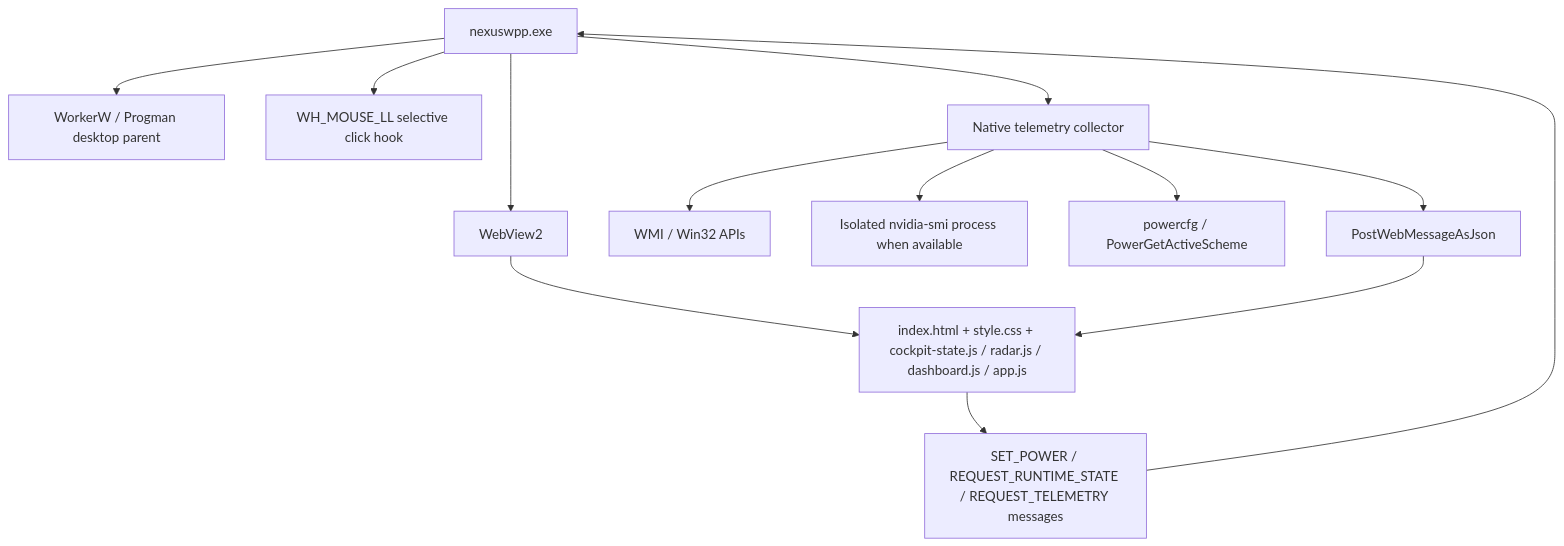
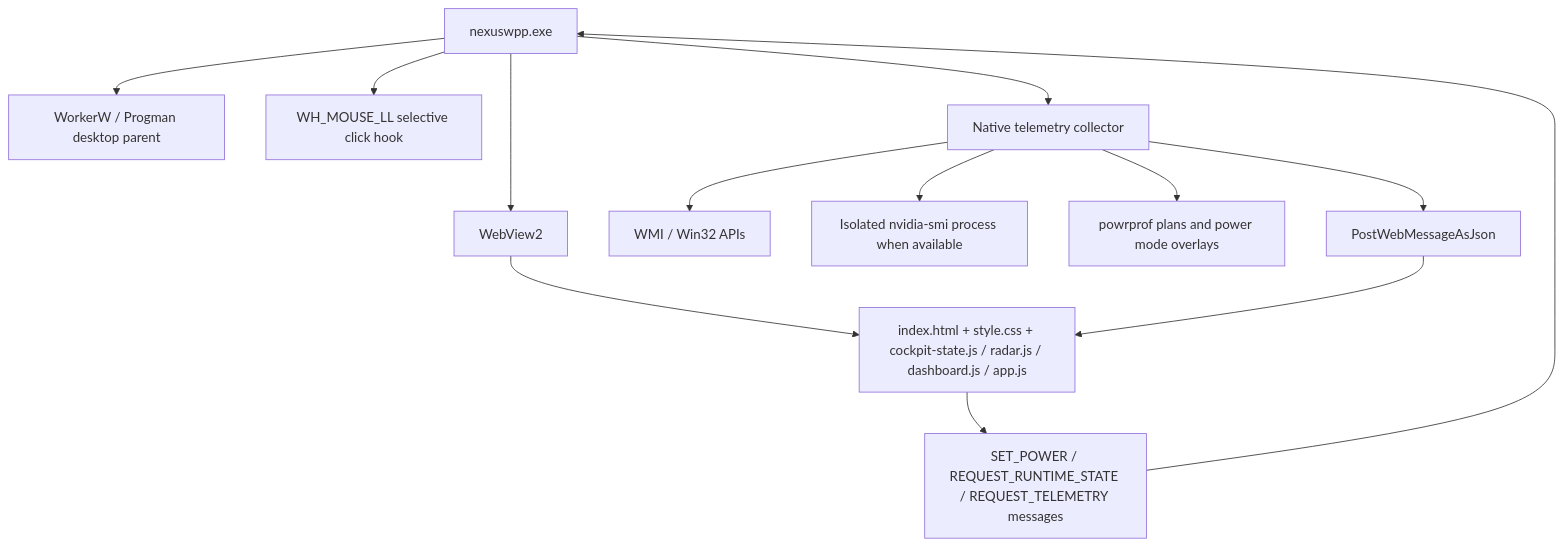
The diagram in ARCHITECTURE.md (pironjulien/NexusWpp), drawn with Mermaid before and after one commit. The commit also changed other lines of this file and 9 other files, not shown here.

````diff
--- a/ARCHITECTURE.md
+++ b/ARCHITECTURE.md
@@ -5,15 +5,15 @@
 ```mermaid
 graph TD
     EXE[nexuswpp.exe] --> WV[WebView2]
     EXE --> DESK[WorkerW / Progman desktop parent]
     EXE --> HOOK[WH_MOUSE_LL selective click hook]
     EXE --> TEL[Native telemetry collector]
     TEL --> WMI[WMI / Win32 APIs]
     TEL --> NVIDIA[Isolated nvidia-smi process when available]
-    TEL --> POWER[powercfg / PowerGetActiveScheme]
+    TEL --> POWER[powrprof plans and power mode overlays]
     WV --> UI[index.html + style.css + cockpit-state.js / radar.js / dashboard.js / app.js]
     TEL --> MSG[PostWebMessageAsJson]
     MSG --> UI
     UI --> CMD[SET_POWER / REQUEST_RUNTIME_STATE / REQUEST_TELEMETRY messages]
     CMD --> EXE
 ```
````
